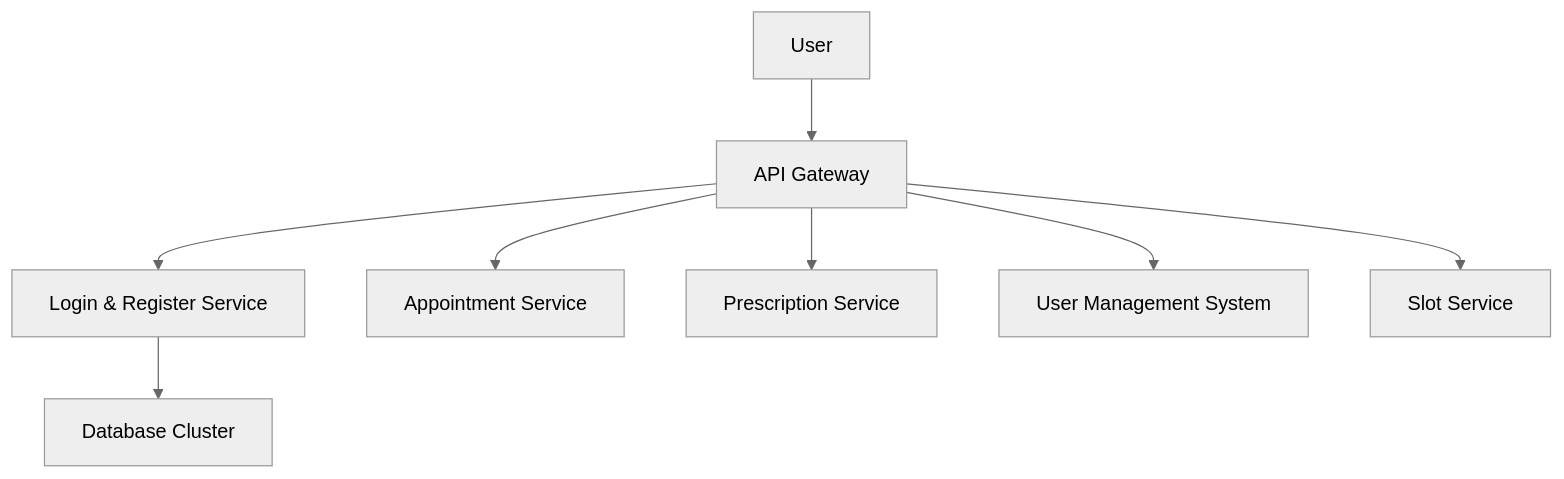
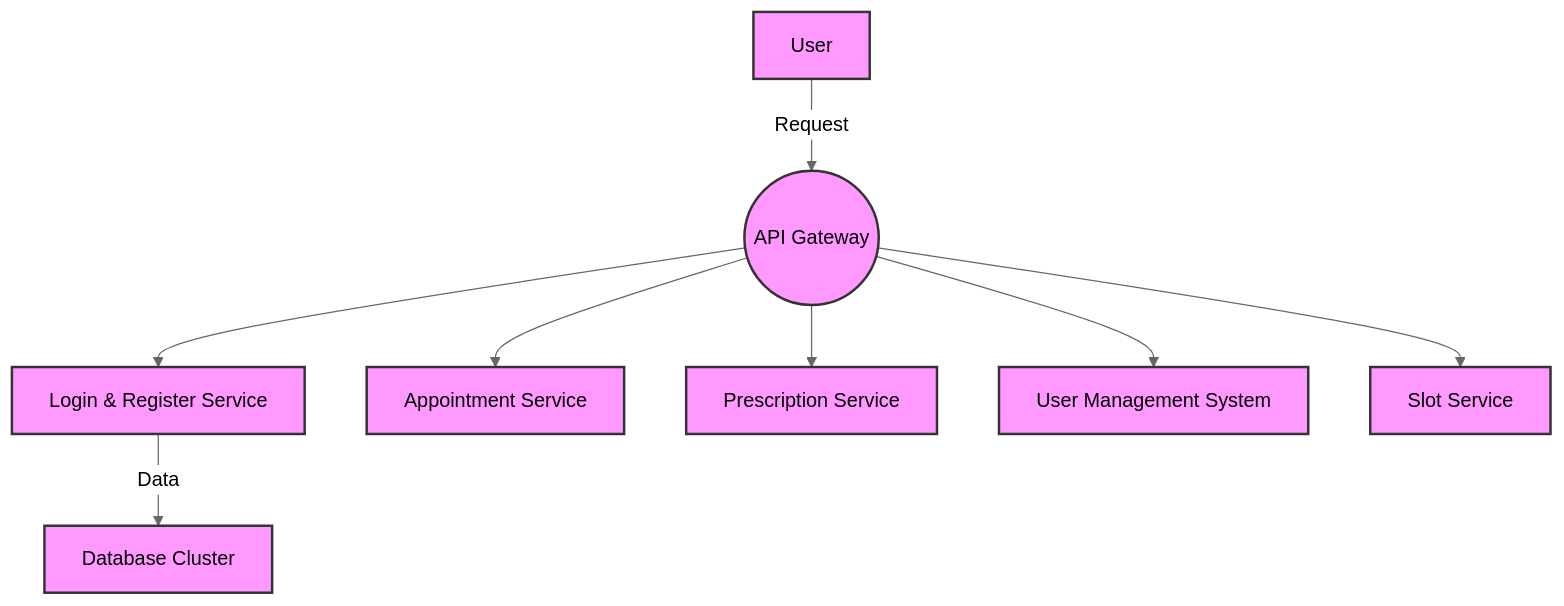
Before and after one commit to TeamVaidya/Vaidya: the diagram in README.md, drawn with Mermaid (neutral theme). The commit also changed other lines of this file, not shown here.

````diff
--- a/README.md
+++ b/README.md
@@ -19,10 +18,11 @@
 ```mermaid
 graph TD
-  A[User] --> B[API Gateway]
+  A[User] -->|Request| B((API Gateway))
   B --> C[Login & Register Service]
   B --> D[Appointment Service]
   B --> E[Prescription Service]
   B --> F[User Management System]
   B --> G[Slot Service]
-  C --> H[Database Cluster]
+  C -->|Data| H[Database Cluster]
+  classDef default fill:#f9f,stroke:#333,stroke-width:2px;
 ```
````
